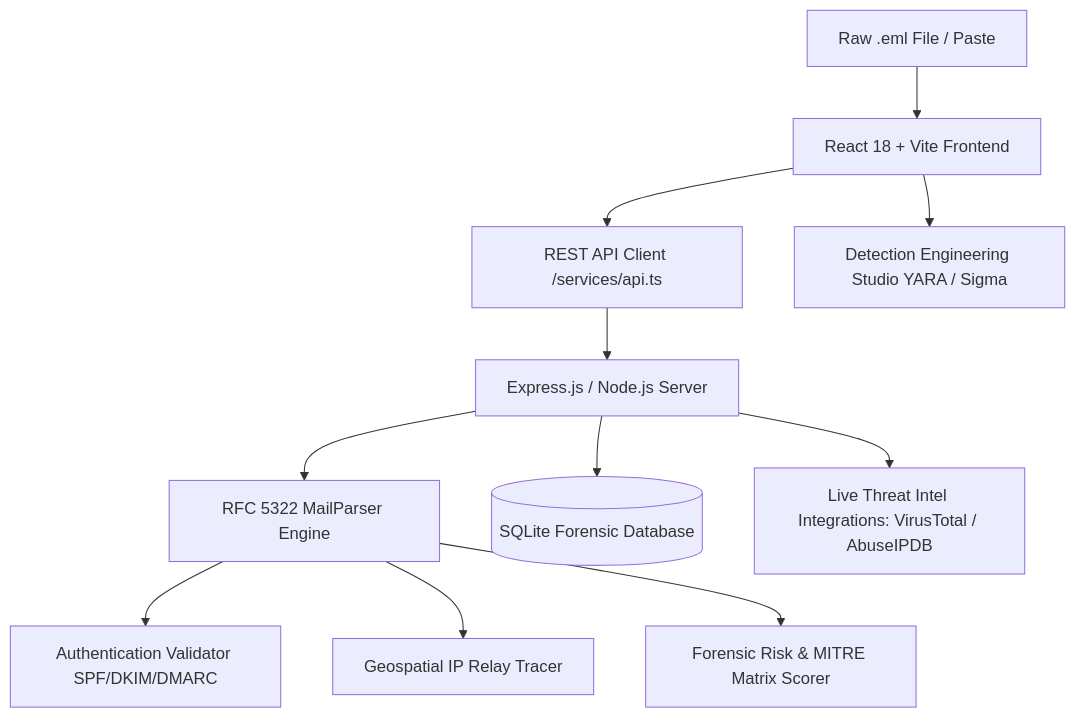
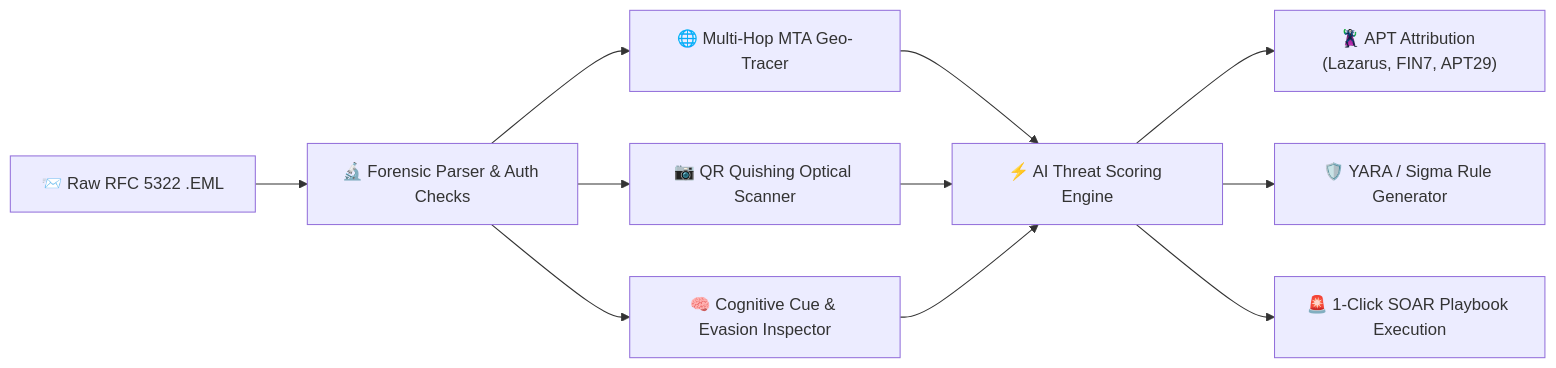
Before and after one commit to Aadityasingh08/MailtraceAI: the first of 2 diagrams in README.md, drawn with Mermaid. The commit also changed other lines of this file and 4 other files, not shown here.

Commit message:
docs: enrich README with high-res SOC hero banner, forensic pipeline graphic, and interactive architecture diagrams

````diff
--- a/README.md
+++ b/README.md
@@ -86,13 +60,15 @@
 ```mermaid
-graph TD
-    A[Raw .eml File / Paste] --> B[React 18 + Vite Frontend]
-    B --> C[REST API Client /services/api.ts]
-    C --> D[Express.js / Node.js Server]
-    D --> E[RFC 5322 MailParser Engine]
-    E --> F[Authentication Validator SPF/DKIM/DMARC]
-    E --> G[Geospatial IP Relay Tracer]
-    E --> H[Forensic Risk & MITRE Matrix Scorer]
-    D --> I[(SQLite Forensic Database)]
-    D --> J[Live Threat Intel Integrations: VirusTotal / AbuseIPDB]
-    B --> K[Detection Engineering Studio YARA / Sigma]
+flowchart LR
+    A["📨 Raw RFC 5322 .EML"] --> B["🔬 Forensic Parser & Auth Checks"]
+    B --> C["🌐 Multi-Hop MTA Geo-Tracer"]
+    B --> D["📷 QR Quishing Optical Scanner"]
+    B --> E["🧠 Cognitive Cue & Evasion Inspector"]
+    
+    C --> F["⚡ AI Threat Scoring Engine"]
+    D --> F
+    E --> F
+    
+    F --> G["🦹 APT Attribution (Lazarus, FIN7, APT29)"]
+    F --> H["🛡️ YARA / Sigma Rule Generator"]
+    F --> I["🚨 1-Click SOAR Playbook Execution"]
 ```
````
